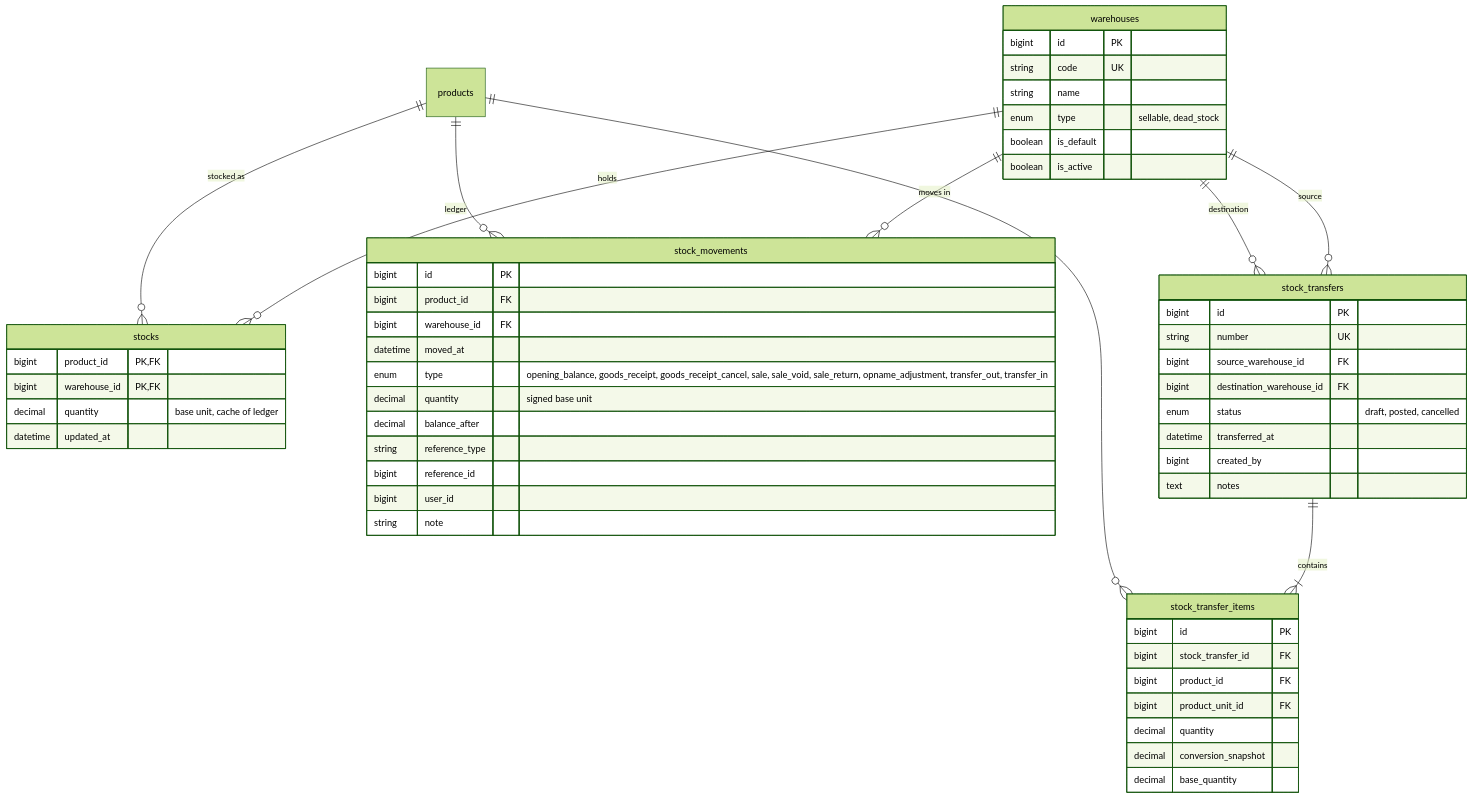
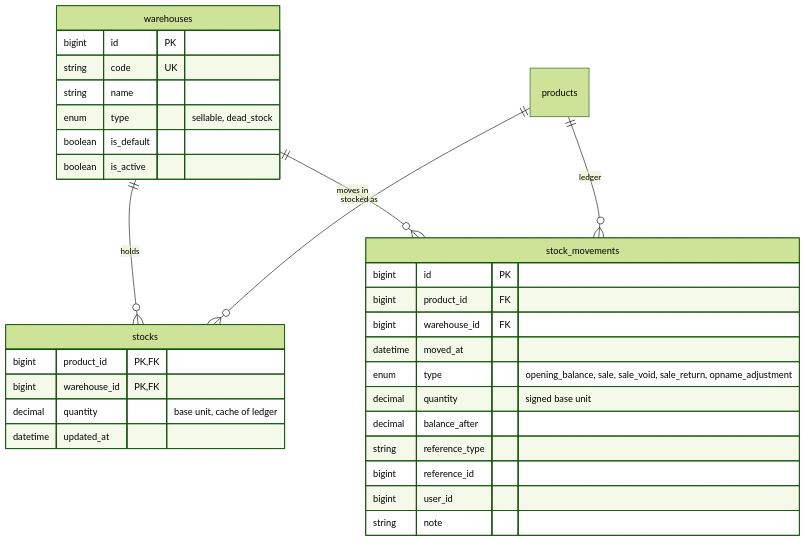
Diagram 22 of 30 in docs/analisis-sistem.md (aliefpraditya/store-management), drawn with Mermaid (forest theme) before and after one commit. The commit also changed other lines of this file and 13 other files, not shown here.

First line of the commit message:
Redesign wireframe and diagrams for R1, split R2, add PDFs

````diff
--- a/docs/analisis-sistem.md
+++ b/docs/analisis-sistem.md
@@ -1094,58 +1079,35 @@
 ```mermaid
 erDiagram
     warehouses ||--o{ stocks : "holds"
     products ||--o{ stocks : "stocked as"
     warehouses ||--o{ stock_movements : "moves in"
     products ||--o{ stock_movements : "ledger"
-    warehouses ||--o{ stock_transfers : "source"
-    warehouses ||--o{ stock_transfers : "destination"
-    stock_transfers ||--|{ stock_transfer_items : "contains"
-    products ||--o{ stock_transfer_items : ""
 
     warehouses {
         bigint id PK
         string code UK
         string name
         enum type "sellable, dead_stock"
         boolean is_default
         boolean is_active
     }
     stocks {
         bigint product_id PK, FK
         bigint warehouse_id PK, FK
         decimal quantity "base unit, cache of ledger"
         datetime updated_at
     }
     stock_movements {
         bigint id PK
         bigint product_id FK
         bigint warehouse_id FK
         datetime moved_at
-        enum type "opening_balance, goods_receipt, goods_receipt_cancel, sale, sale_void, sale_return, opname_adjustment, transfer_out, transfer_in"
+        enum type "opening_balance, sale, sale_void, sale_return, opname_adjustment"
         decimal quantity "signed base unit"
         decimal balance_after
         string reference_type
         bigint reference_id
         bigint user_id
         string note
     }
-    stock_transfers {
-        bigint id PK
-        string number UK
-        bigint source_warehouse_id FK
-        bigint destination_warehouse_id FK
-        enum status "draft, posted, cancelled"
-        datetime transferred_at
-        bigint created_by
-        text notes
-    }
-    stock_transfer_items {
-        bigint id PK
-        bigint stock_transfer_id FK
-        bigint product_id FK
-        bigint product_unit_id FK
-        decimal quantity
-        decimal conversion_snapshot
-        decimal base_quantity
-    }
 ```
````
